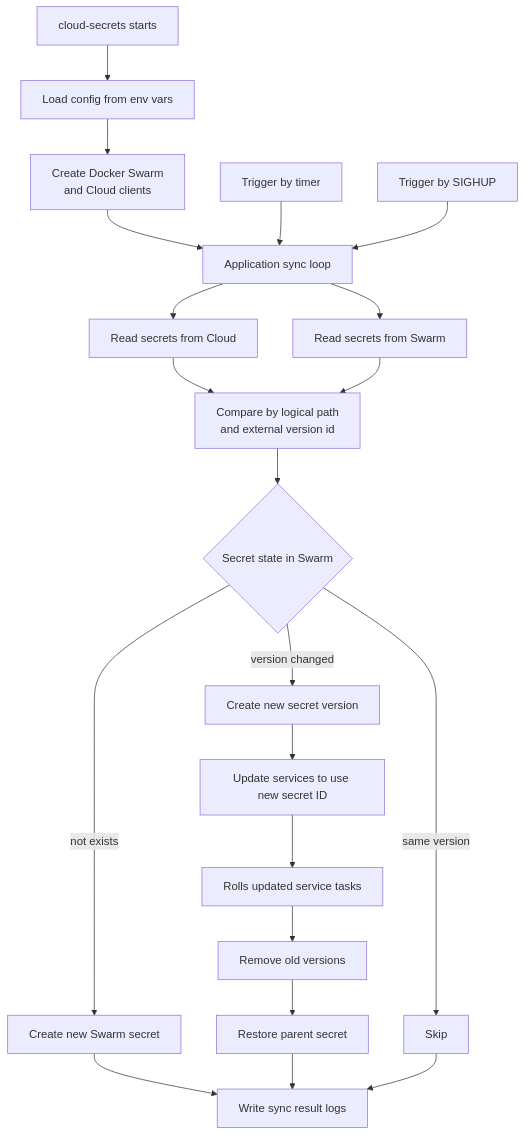
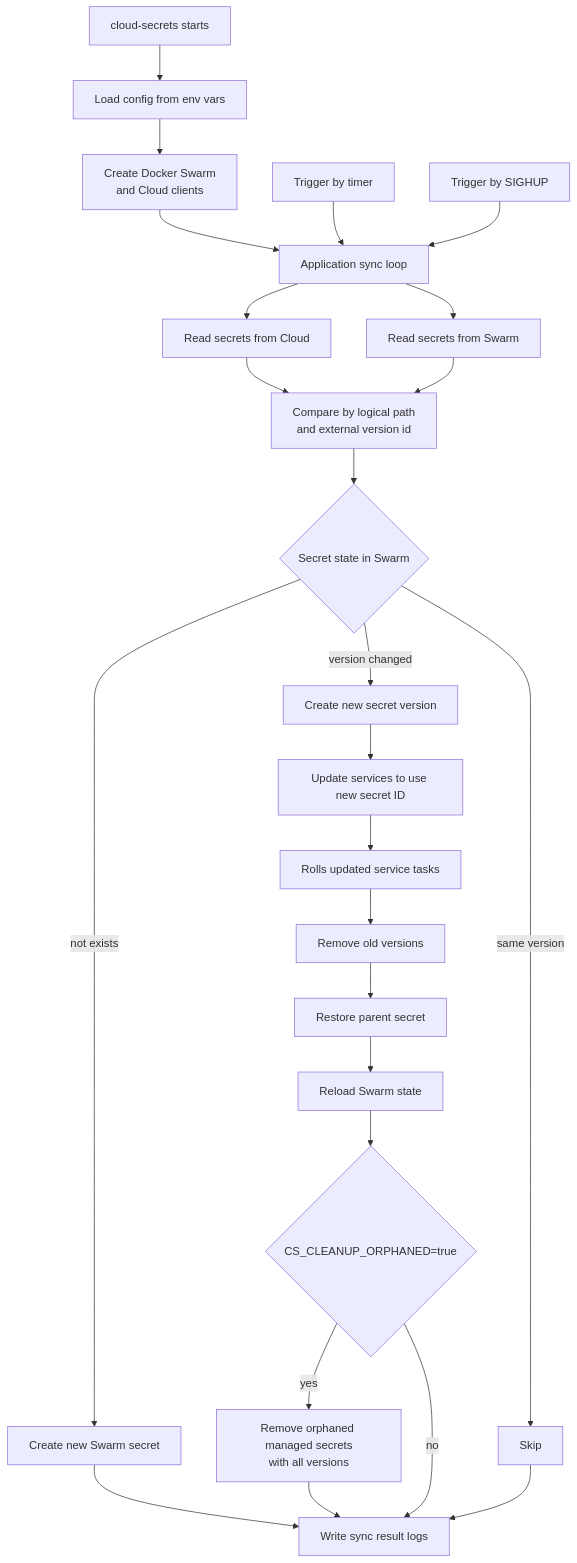
The diagram in README.md (swarm-deploy/cloud-secrets), drawn with Mermaid before and after one commit. The commit also changed 9 other files, not shown here.

Commit message:
feat: cleanup orphaned secrets

````diff
--- a/README.md
+++ b/README.md
@@ -10,28 +10,32 @@
 ```mermaid
 flowchart TD
     A[cloud-secrets starts] --> B[Load config from env vars]
     B --> C["Create Docker Swarm<br/>and Cloud clients"]
     C --> E[Application sync loop]
 
     F[Trigger by timer] --> E
     Q[Trigger by SIGHUP] --> E
 
     E --> G[Read secrets from Cloud]
     E --> H[Read secrets from Swarm]
     G --> I["Compare by logical path<br/>and external version id"]
     H --> I
 
     I --> J{Secret state in Swarm}
     J -->|not exists| K[Create new Swarm secret]
     J -->|version changed| L[Create new secret version]
     J -->|same version| M[Skip]
 
     L --> N["Update services to use new secret ID"]
     N --> R[Rolls updated service tasks]
     R --> O[Remove old versions]
     O --> S[Restore parent secret]
+    S --> T["Reload Swarm state"]
+    T --> U{"CS_CLEANUP_ORPHANED=true"}
+    U -->|yes| V["Remove orphaned managed secrets<br/>with all versions"]
+    U -->|no| P
 
     K --> P[Write sync result logs]
-    S --> P
+    V --> P
     M --> P
 ```
````
